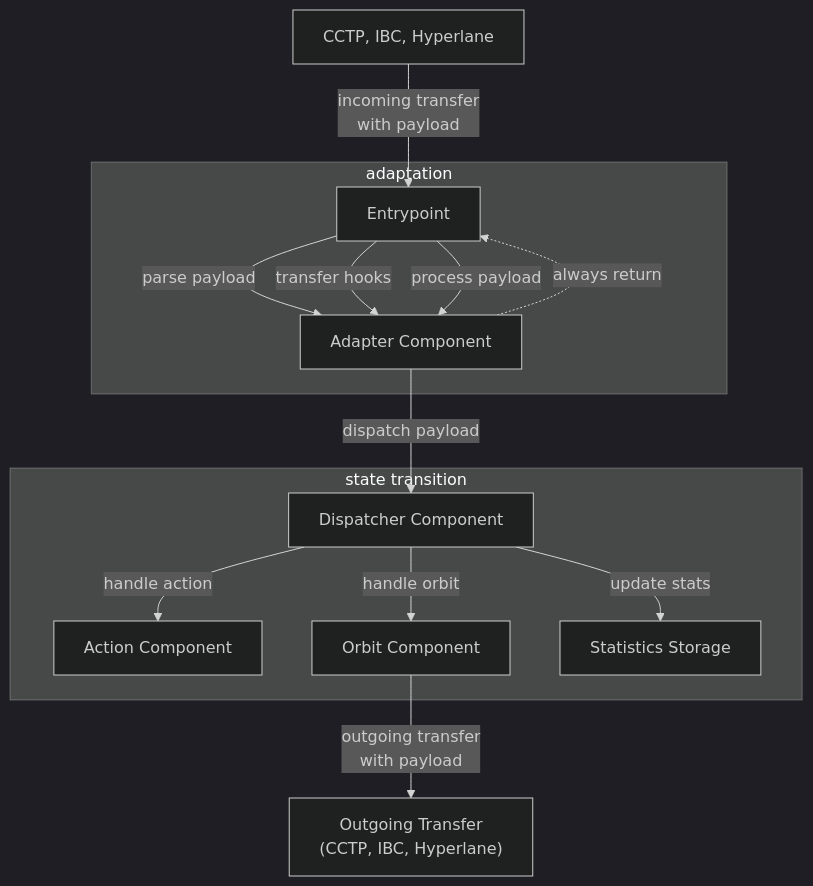
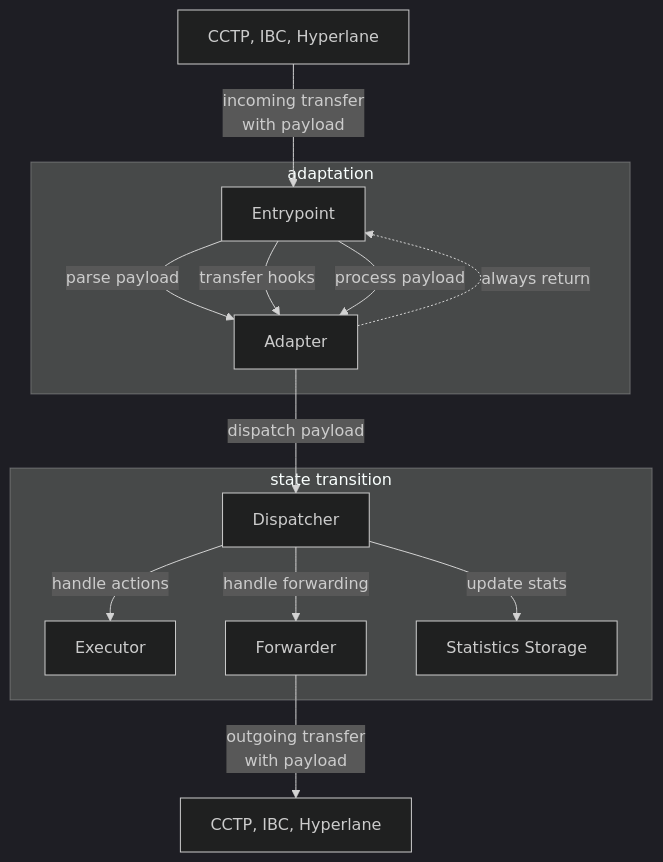
Before and after one commit to noble-assets/orbiter: the first of 5 diagrams in ARCHITECTURE.md, drawn with Mermaid (dark theme). The commit also changed other lines of this file and 1 other file, not shown here.

````diff
--- a/ARCHITECTURE.md
+++ b/ARCHITECTURE.md
@@ -22,32 +22,32 @@
 ```mermaid
 flowchart TD
     A["CCTP, IBC, Hyperlane"]
 
     subgraph adaptation
       A1["Entrypoint"]
-      B["Adapter Component"]
+      B["Adapter"]
     end
 
     subgraph "state transition"
-      C["Dispatcher Component"]
-      D["Action Component"]
-      E["Orbit Component"]
+      C["Dispatcher"]
+      D["Executor"]
+      E["Forwarder"]
       F["Statistics Storage"]
     end
 
-    Z["Outgoing Transfer<br/>(CCTP, IBC, Hyperlane)"]
+    Z["CCTP, IBC, Hyperlane"]
 
     A -->|incoming transfer</br>with payload| A1
     A1 -->|parse payload| B
     A1 -->|transfer hooks| B
     A1 -->|process payload| B
     B -.->|always return| A1
 
     B -->|dispatch payload| C
 
-    C -->|handle action| D
-    C -->|handle orbit| E
+    C -->|handle actions| D
+    C -->|handle forwarding| E
     C -->|update stats| F
 
     E -->|outgoing transfer</br>with payload| Z
 ```
````
